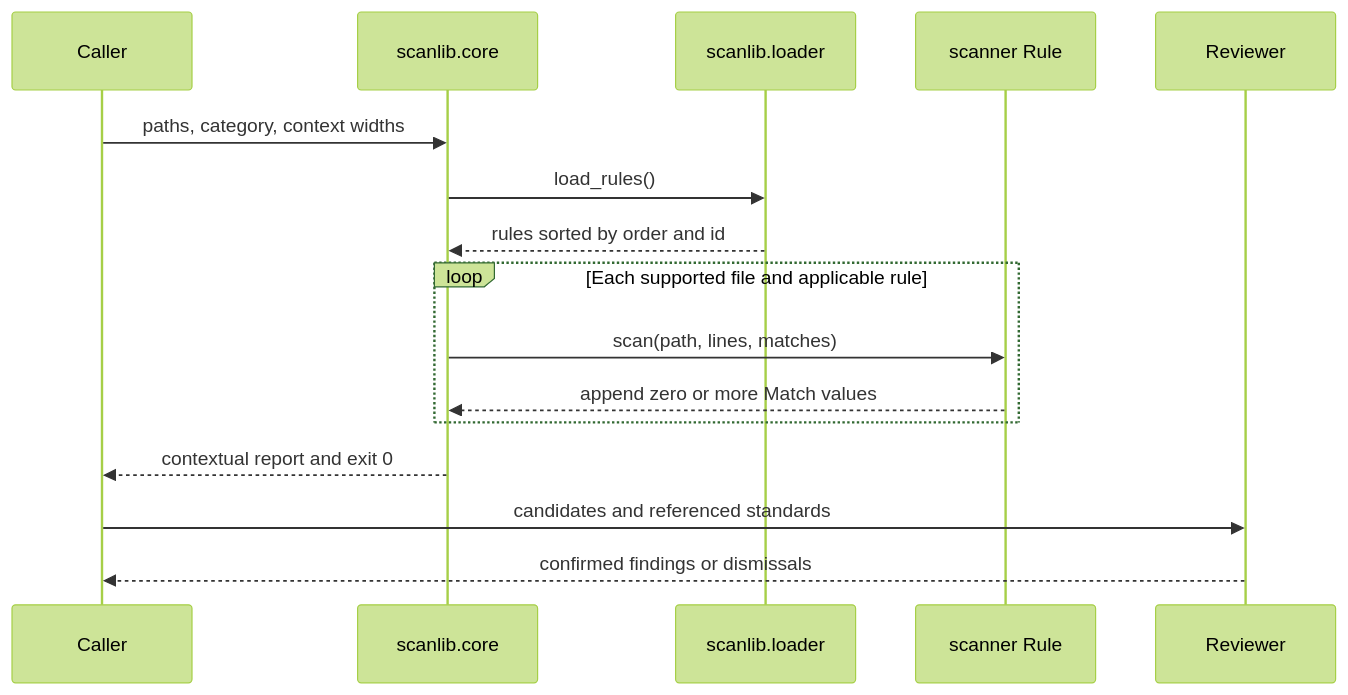
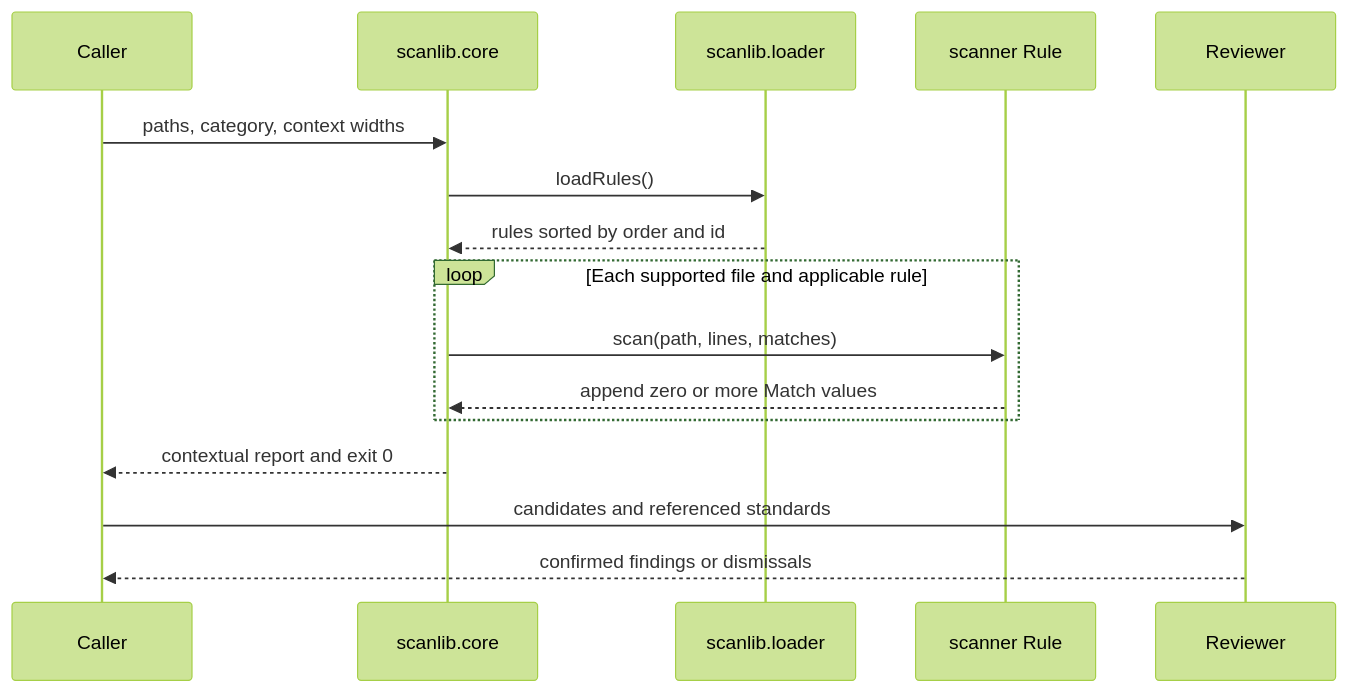
Before and after one commit to alvis/.agent: the second of 2 diagrams in ARCHITECTURE.md, drawn with Mermaid (forest theme). The commit also changed other lines of this file and 114 other files, not shown here.

````diff
--- a/ARCHITECTURE.md
+++ b/ARCHITECTURE.md
@@ -50,19 +50,19 @@
 ```mermaid
 sequenceDiagram
     participant Caller
     participant Engine as scanlib.core
     participant Loader as scanlib.loader
     participant Rule as scanner Rule
     participant Reviewer
 
     Caller->>Engine: paths, category, context widths
-    Engine->>Loader: load_rules()
+    Engine->>Loader: loadRules()
     Loader-->>Engine: rules sorted by order and id
     loop Each supported file and applicable rule
         Engine->>Rule: scan(path, lines, matches)
         Rule-->>Engine: append zero or more Match values
     end
     Engine-->>Caller: contextual report and exit 0
     Caller->>Reviewer: candidates and referenced standards
     Reviewer-->>Caller: confirmed findings or dismissals
 ```
````
